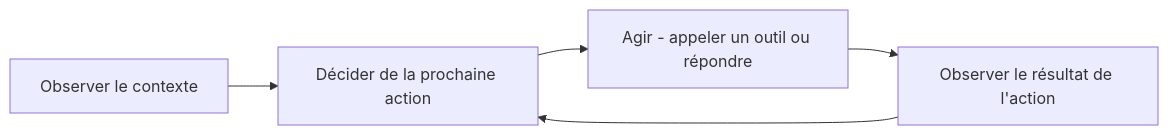
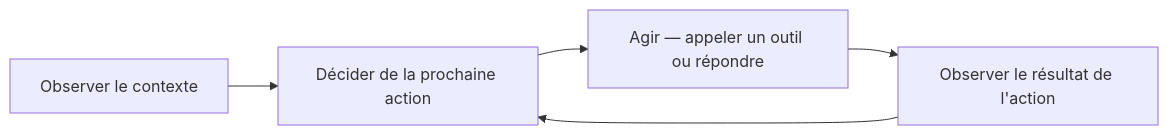
Before and after one commit to AureDulvresse/nyx: the first of 2 diagrams in content/courses/ia-cybersecurity/04-agents-ia-autonomes-principes.md, drawn with Mermaid. The commit also changed other lines of this file and 167 other files, not shown here.

````diff
--- a/content/courses/ia-cybersecurity/04-agents-ia-autonomes-principes.md
+++ b/content/courses/ia-cybersecurity/04-agents-ia-autonomes-principes.md
@@ -37,7 +51,7 @@
 ```mermaid
 graph LR
-    A[Observer le contexte] --> B[Décider de la prochaine action]
-    B --> C[Agir - appeler un outil ou répondre]
-    C --> D[Observer le résultat de l'action]
+    A["Observer le contexte"] --> B["Décider de la prochaine action"]
+    B --> C["Agir — appeler un outil ou répondre"]
+    C --> D["Observer le résultat de l'action"]
     D --> B
 ```
````
